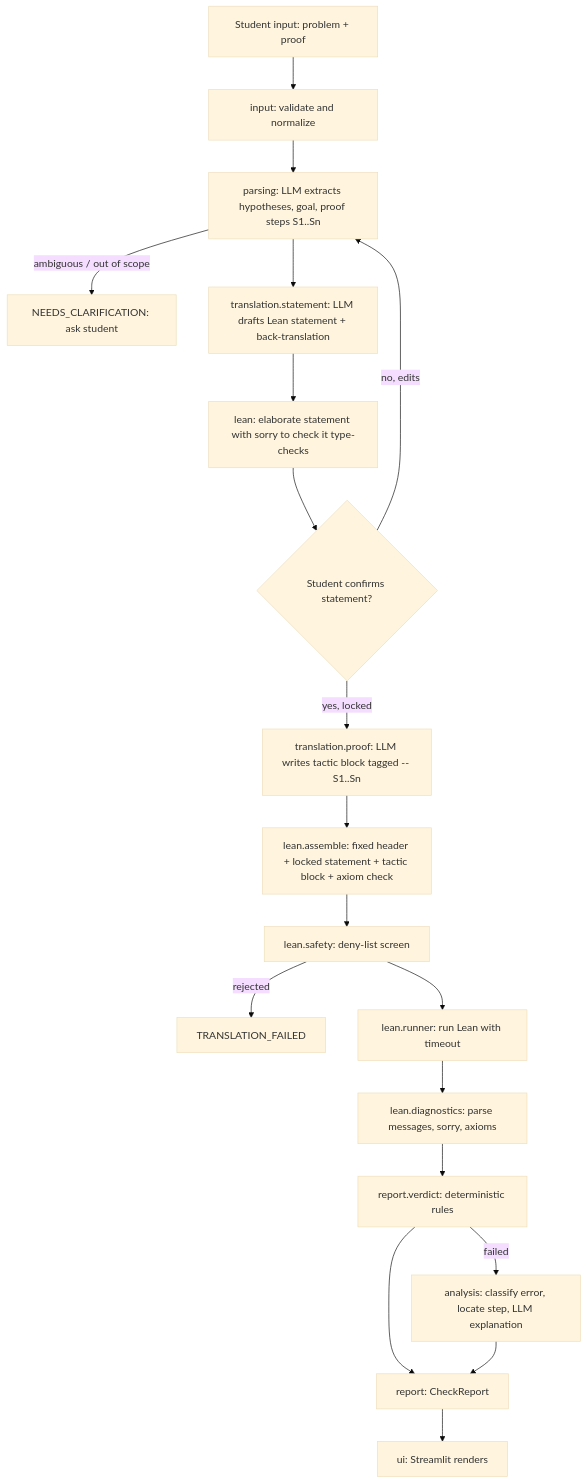
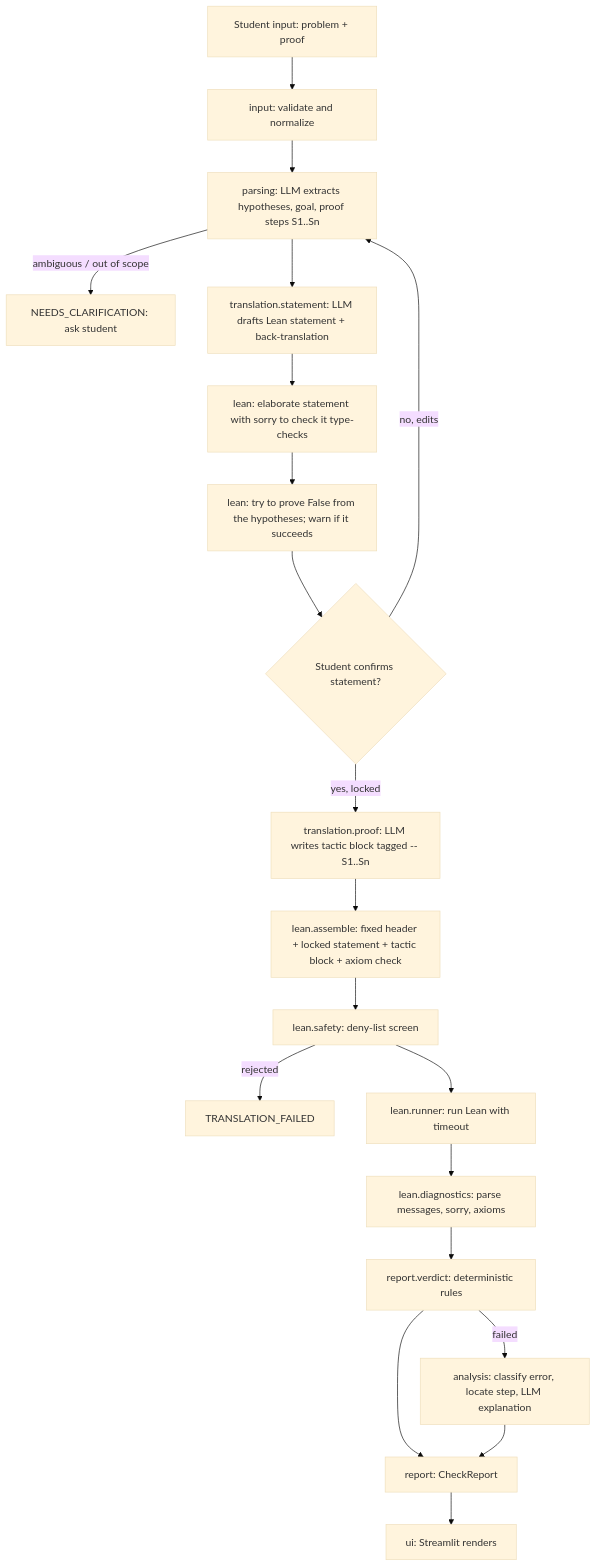
The diagram in docs/ARCHITECTURE.md (WorldVanquisher/real-analysis-checker), drawn with Mermaid (base theme) before and after one commit. The commit also changed other lines of this file and 15 other files, not shown here.

First line of the commit message:
Warn when the formal hypotheses contradict each other

````diff
--- a/docs/ARCHITECTURE.md
+++ b/docs/ARCHITECTURE.md
@@ -33,21 +33,22 @@
 ```mermaid
 flowchart TD
     A[Student input: problem + proof] --> B[input: validate and normalize]
     B --> C[parsing: LLM extracts hypotheses, goal, proof steps S1..Sn]
     C -->|ambiguous / out of scope| Q[NEEDS_CLARIFICATION: ask student]
     C --> D[translation.statement: LLM drafts Lean statement + back-translation]
     D --> D2[lean: elaborate statement with sorry to check it type-checks]
-    D2 --> E{Student confirms statement?}
+    D2 --> D3[lean: try to prove False from the hypotheses; warn if it succeeds]
+    D3 --> E{Student confirms statement?}
     E -->|no, edits| C
     E -->|yes, locked| F[translation.proof: LLM writes tactic block tagged -- S1..Sn]
     F --> G[lean.assemble: fixed header + locked statement + tactic block + axiom check]
     G --> H[lean.safety: deny-list screen]
     H -->|rejected| TF[TRANSLATION_FAILED]
     H --> I[lean.runner: run Lean with timeout]
     I --> J[lean.diagnostics: parse messages, sorry, axioms]
     J --> K[report.verdict: deterministic rules]
     K -->|failed| L[analysis: classify error, locate step, LLM explanation]
     K --> M[report: CheckReport]
     L --> M
     M --> N[ui: Streamlit renders]
 ```
````
